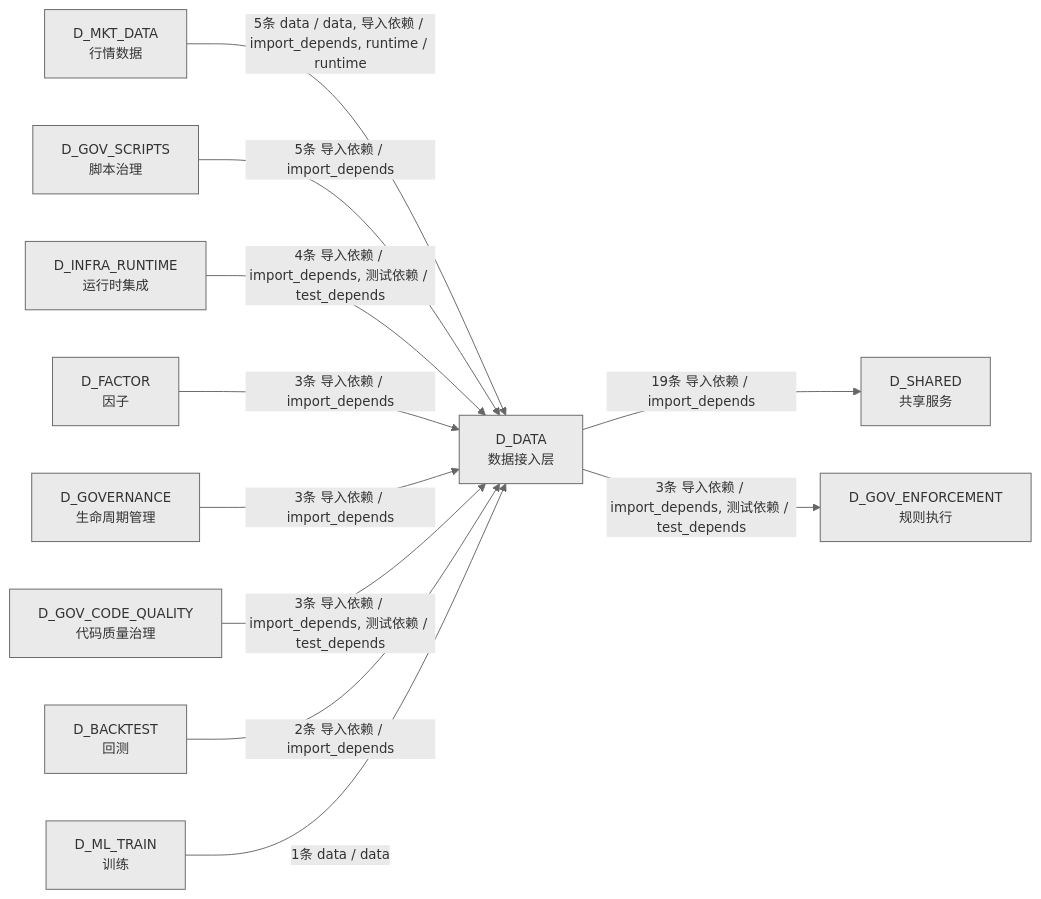
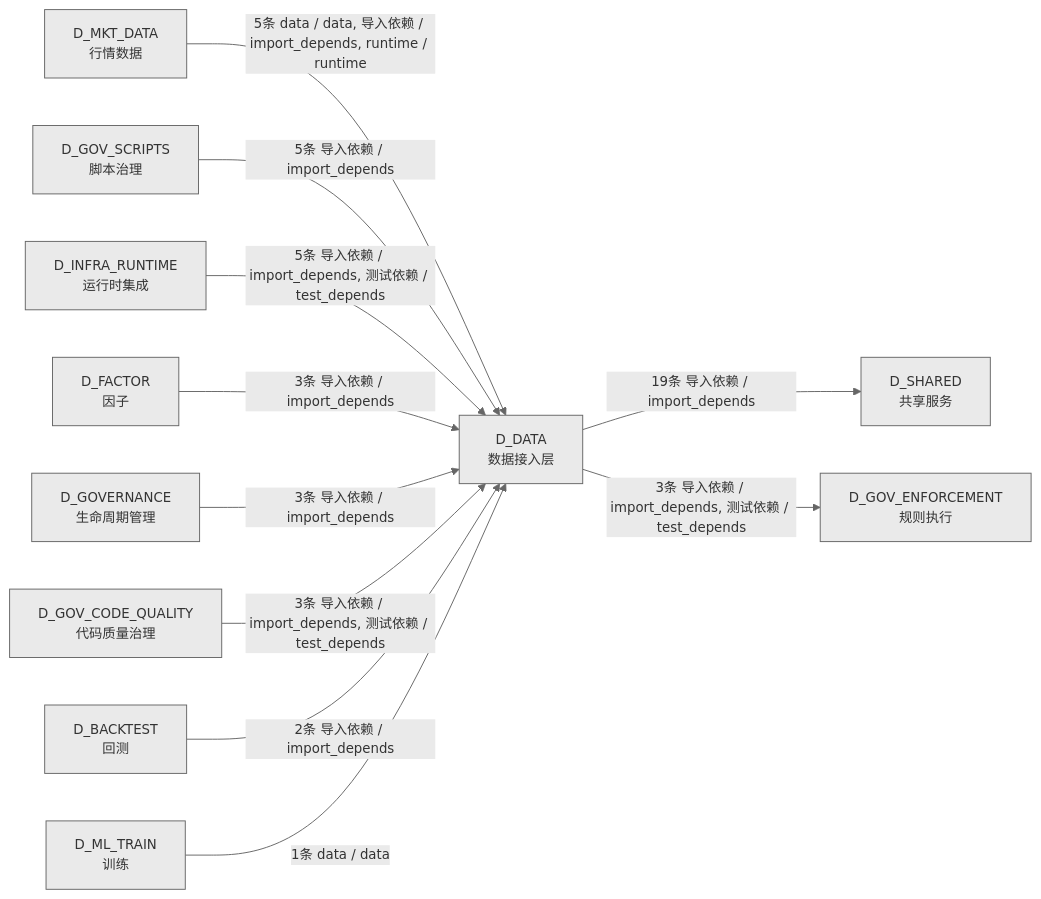
Before and after one commit to xuanFelixVan/ZephyrAlpha: the fourth of 4 diagrams in docs/02_enterprise_architecture/02_domain_architecture_docs/11_d_data.md, drawn with Mermaid. The commit also changed other lines of this file and 41 other files, not shown here.

````diff
--- a/docs/02_enterprise_architecture/02_domain_architecture_docs/11_d_data.md
+++ b/docs/02_enterprise_architecture/02_domain_architecture_docs/11_d_data.md
@@ -1372,25 +1373,25 @@
 ```mermaid
 %%{init: {'theme': 'base', 'themeVariables': {'primaryColor': '#eaeaea', 'primaryTextColor': '#333333', 'primaryBorderColor': '#666666', 'lineColor': '#666666', 'secondaryColor': '#eaeaea', 'tertiaryColor': '#eaeaea', 'fontSize': '14px'}}}%%
 graph LR
     D_DATA["D_DATA<br/>数据接入层"]
     D_SHARED["D_SHARED<br/>共享服务"]
     D_GOV_ENFORCEMENT["D_GOV_ENFORCEMENT<br/>规则执行"]
     D_MKT_DATA["D_MKT_DATA<br/>行情数据"]
     D_GOV_SCRIPTS["D_GOV_SCRIPTS<br/>脚本治理"]
     D_INFRA_RUNTIME["D_INFRA_RUNTIME<br/>运行时集成"]
     D_FACTOR["D_FACTOR<br/>因子"]
     D_GOVERNANCE["D_GOVERNANCE<br/>生命周期管理"]
     D_GOV_CODE_QUALITY["D_GOV_CODE_QUALITY<br/>代码质量治理"]
     D_BACKTEST["D_BACKTEST<br/>回测"]
     D_ML_TRAIN["D_ML_TRAIN<br/>训练"]
     D_DATA -->|19条 导入依赖 / import_depends| D_SHARED
     D_DATA -->|3条 导入依赖 / import_depends, 测试依赖 / test_depends| D_GOV_ENFORCEMENT
     D_MKT_DATA -->|5条 data / data, 导入依赖 / import_depends, runtime / runtime| D_DATA
     D_GOV_SCRIPTS -->|5条 导入依赖 / import_depends| D_DATA
-    D_INFRA_RUNTIME -->|4条 导入依赖 / import_depends, 测试依赖 / test_depends| D_DATA
+    D_INFRA_RUNTIME -->|5条 导入依赖 / import_depends, 测试依赖 / test_depends| D_DATA
     D_FACTOR -->|3条 导入依赖 / import_depends| D_DATA
     D_GOVERNANCE -->|3条 导入依赖 / import_depends| D_DATA
     D_GOV_CODE_QUALITY -->|3条 导入依赖 / import_depends, 测试依赖 / test_depends| D_DATA
     D_BACKTEST -->|2条 导入依赖 / import_depends| D_DATA
     D_ML_TRAIN -->|1条 data / data| D_DATA
 ```
````
